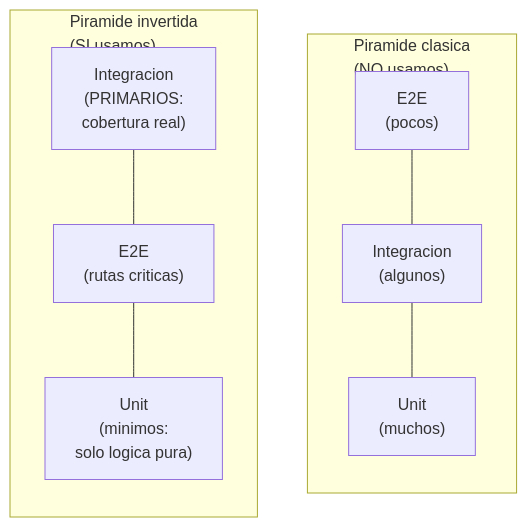
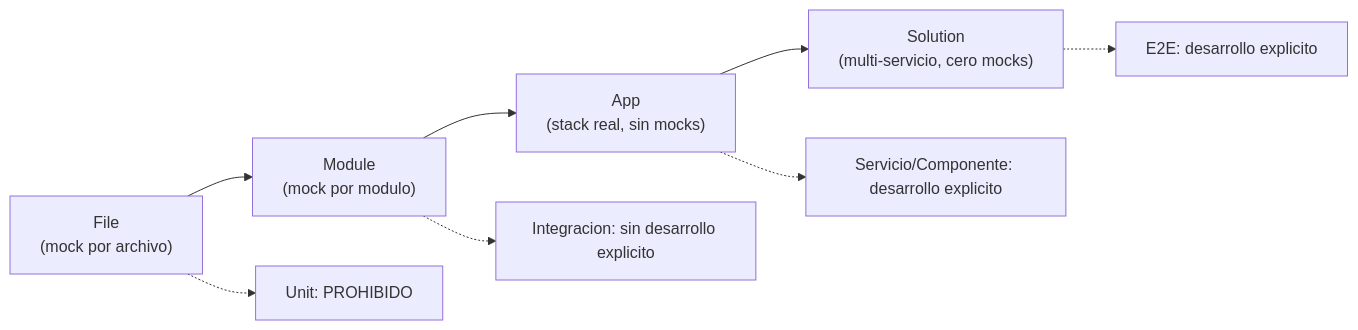
One commit to virgenherrera/idea-to-mvp changed the first of 6 diagrams in docs/execution/red.md. Above: the diagram before and after it, drawn with Mermaid. The commit also changed other lines of this file and 3 other files, not shown here.

First line of the commit message:
feat: boundary-model testing architecture + Accept phase

````diff
--- a/docs/execution/red.md
+++ b/docs/execution/red.md
@@ -12,18 +46,11 @@
 ```mermaid
-flowchart TD
-    subgraph CLASICA["Piramide clasica\n(NO usamos)"]
-        direction TB
-        C_E2E["E2E\n(pocos)"]
-        C_INT["Integracion\n(algunos)"]
-        C_UNIT["Unit\n(muchos)"]
-        C_E2E --- C_INT --- C_UNIT
-    end
+flowchart LR
+    F["File\n(mock por archivo)"] --> M["Module\n(mock por modulo)"]
+    M --> A["App\n(stack real, sin mocks)"]
+    A --> S["Solution\n(multi-servicio, cero mocks)"]
 
-    subgraph NUESTRA["Piramide invertida\n(SI usamos)"]
-        direction BT
-        N_UNIT["Unit\n(minimos:\nsolo logica pura)"]
-        N_E2E["E2E\n(rutas criticas)"]
-        N_INT["Integracion\n(PRIMARIOS:\ncobertura real)"]
-        N_UNIT --- N_E2E --- N_INT
-    end
+    F -.-> FP["Unit: PROHIBIDO"]
+    M -.-> MP["Integracion: sin desarrollo explicito"]
+    A -.-> AP["Servicio/Componente: desarrollo explicito"]
+    S -.-> SP["E2E: desarrollo explicito"]
 ```
````
